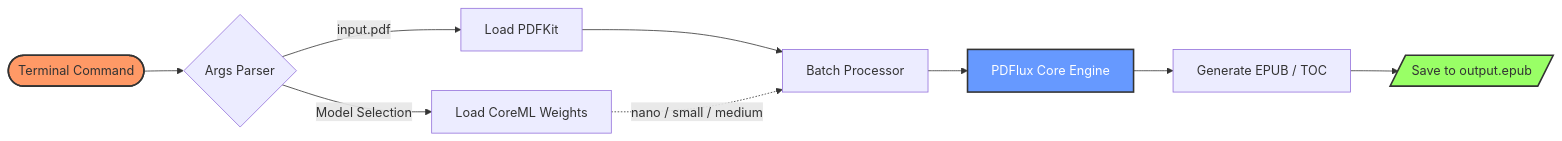
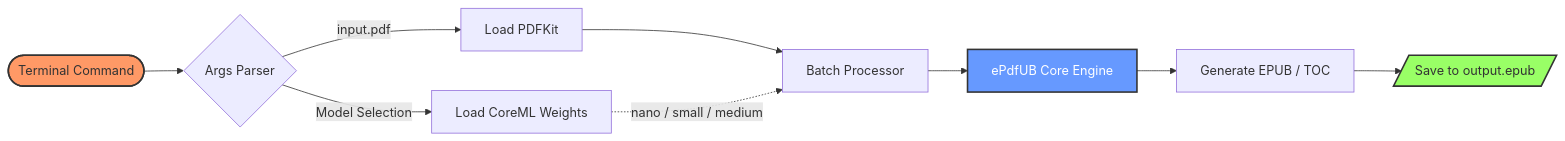
The first of 2 diagrams in README.md (codinguniversefromEric/Make_it_Flow_IOS), drawn with Mermaid before and after one commit. The commit also changed other lines of this file, not shown here.

Commit message:
Rename PDFlux to ePdfUB in README.md

````diff
--- a/README.md
+++ b/README.md
@@ -29,17 +29,17 @@
 ```mermaid
 flowchart LR
     A([Terminal Command]) --> B{"Args Parser"}
     B -->|input.pdf| C["Load PDFKit"]
     B -->|Model Selection| D["Load CoreML Weights"]
     
     C --> E["Batch Processor"]
     D -.->|nano / small / medium| E
     
-    E --> F["PDFlux Core Engine"]
+    E --> F["ePdfUB Core Engine"]
     F --> G["Generate EPUB / TOC"]
     G --> H[/"Save to output.epub"/]
     
     style A fill:#f96,stroke:#333,stroke-width:2px
     style H fill:#9f6,stroke:#333,stroke-width:2px
     style F fill:#69f,stroke:#333,stroke-width:2px,color:#fff
 ```
````
